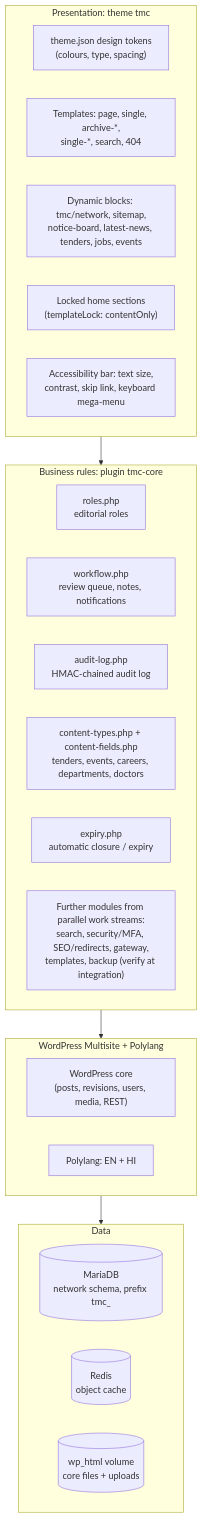
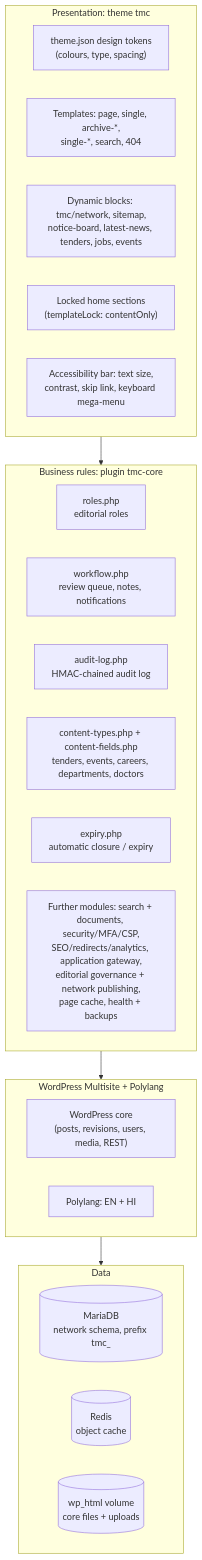
The second of 6 diagrams in docs/architecture/system-architecture.md (aryanpatel-ctrl/tmc-website), drawn with Mermaid before and after one commit. The commit also changed other lines of this file and 33 other files, not shown here.

````diff
--- a/docs/architecture/system-architecture.md
+++ b/docs/architecture/system-architecture.md
@@ -87,28 +86,28 @@
 ```mermaid
 flowchart TB
     subgraph presentation["Presentation: theme tmc"]
         tokens["theme.json design tokens<br/>(colours, type, spacing)"]
         templates["Templates: page, single, archive-*,<br/>single-*, search, 404"]
         blocks["Dynamic blocks: tmc/network, sitemap,<br/>notice-board, latest-news, tenders, jobs, events"]
         patterns["Locked home sections<br/>(templateLock: contentOnly)"]
         a11y["Accessibility bar: text size,<br/>contrast, skip link, keyboard mega-menu"]
     end
     subgraph core["Business rules: plugin tmc-core"]
         roles["roles.php<br/>editorial roles"]
         workflow["workflow.php<br/>review queue, notes, notifications"]
         audit["audit-log.php<br/>HMAC-chained audit log"]
         types["content-types.php + content-fields.php<br/>tenders, events, careers, departments, doctors"]
         expiry["expiry.php<br/>automatic closure / expiry"]
-        more["Further modules from parallel work streams:<br/>search, security/MFA, SEO/redirects, gateway,<br/>templates, backup (verify at integration)"]
+        more["Further modules: search + documents, security/MFA/CSP,<br/>SEO/redirects/analytics, application gateway,<br/>editorial governance + network publishing,<br/>page cache, health + backups"]
     end
     subgraph platform["WordPress Multisite + Polylang"]
         wpcore["WordPress core<br/>(posts, revisions, users, media, REST)"]
         pll["Polylang: EN + HI"]
     end
     subgraph data["Data"]
         db[("MariaDB<br/>network schema, prefix tmc_")]
         cache[("Redis<br/>object cache")]
         uploads[("wp_html volume<br/>core files + uploads")]
     end
     presentation --> core --> platform --> data
 ```
````
